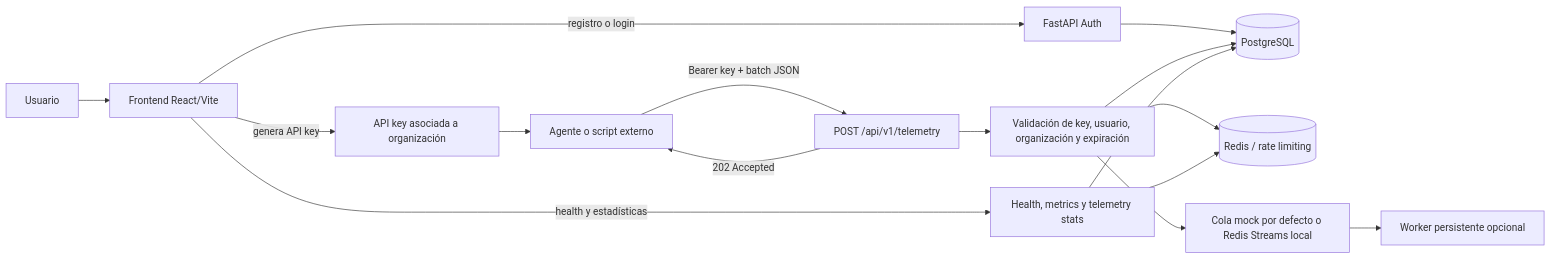
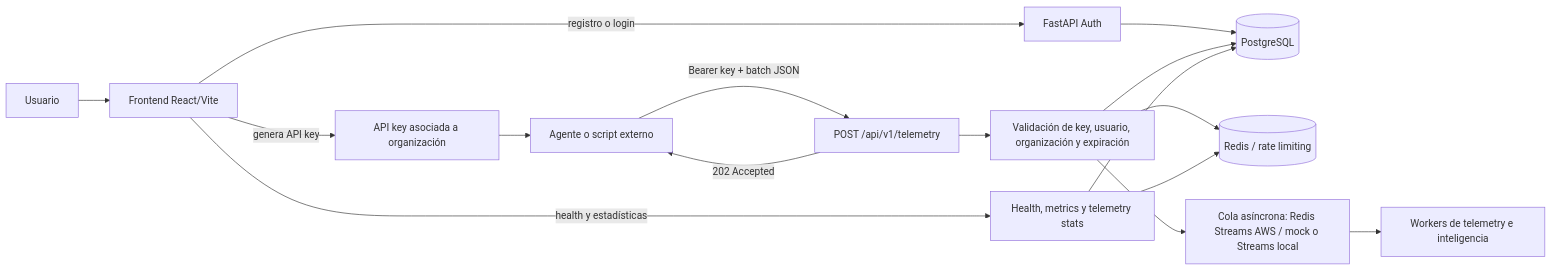
The diagram in README.md (ramonesj/SentinelMonitorIA), drawn with Mermaid before and after one commit. The commit also changed other lines of this file and 47 other files, not shown here.

````diff
--- a/README.md
+++ b/README.md
@@ -98,18 +666,18 @@
 ```mermaid
 flowchart LR
     U[Usuario] --> F[Frontend React/Vite]
     F -->|registro o login| A[FastAPI Auth]
     A --> P[(PostgreSQL)]
     F -->|genera API key| K[API key asociada a organización]
     K --> G[Agente o script externo]
     G -->|Bearer key + batch JSON| T[POST /api/v1/telemetry]
     T --> V[Validación de key, usuario, organización y expiración]
     V --> P
     V --> R[(Redis / rate limiting)]
-    V --> Q[Cola mock por defecto o Redis Streams local]
-    Q --> W[Worker persistente opcional]
+    V --> Q[Cola asíncrona: Redis Streams AWS / mock o Streams local]
+    Q --> W[Workers de telemetry e inteligencia]
     T -->|202 Accepted| G
     F -->|health y estadísticas| H[Health, metrics y telemetry stats]
     H --> P
     H --> R
 ```
````
